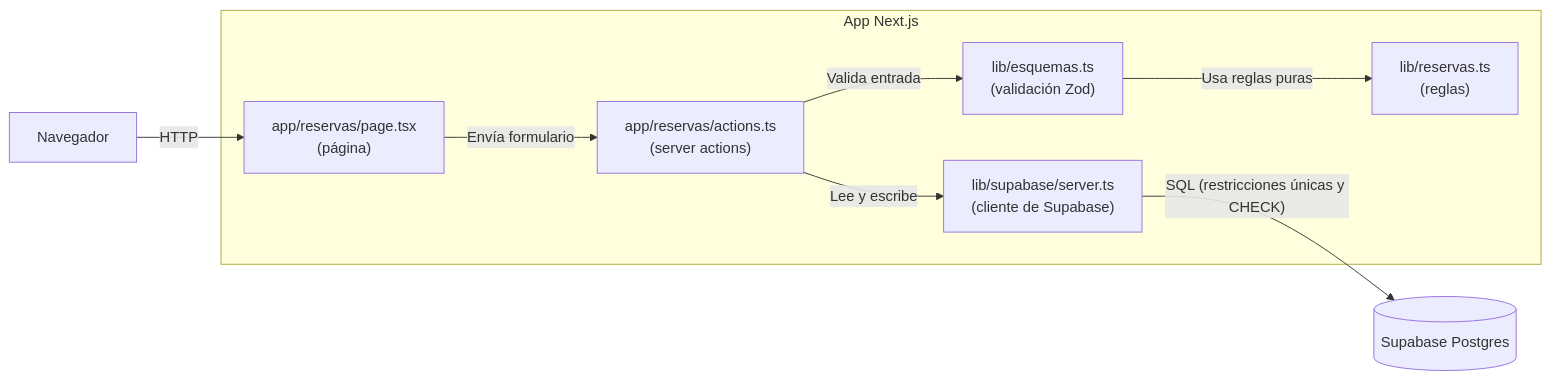
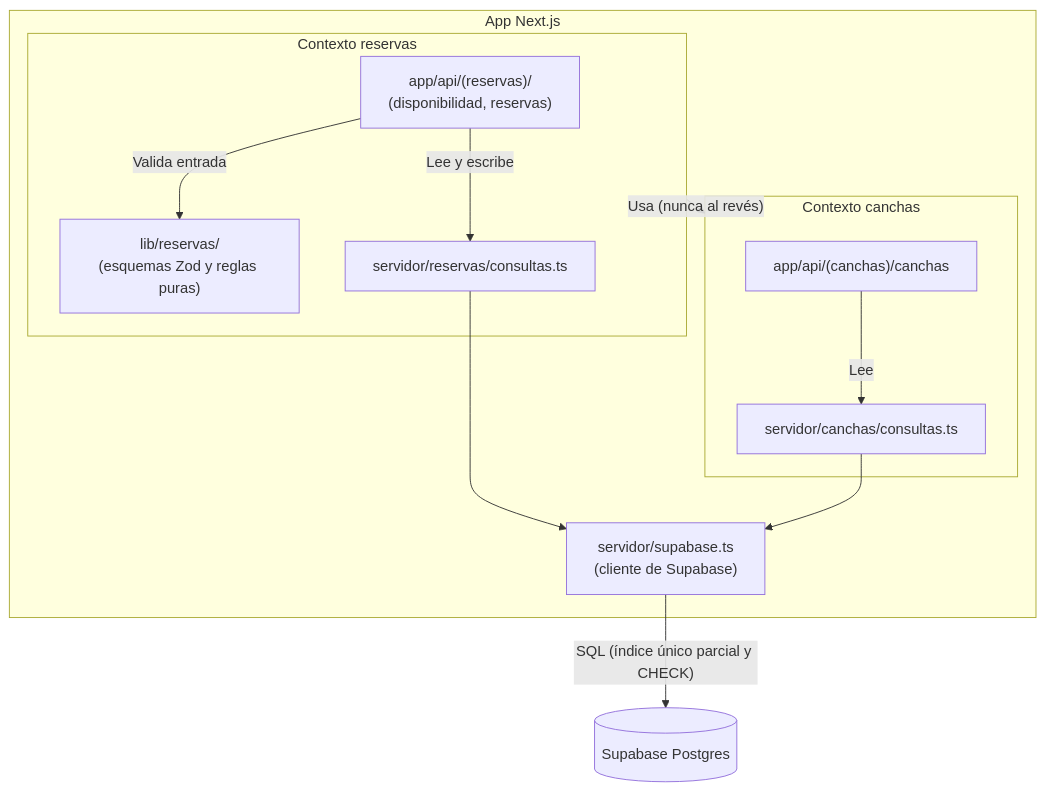
The third of 3 diagrams in docs/arquitectura.md (lsvr94/LSVRRESERVACANCHAS_MOD2), drawn with Mermaid before and after one commit. The commit also changed other lines of this file and 21 other files, not shown here.

Commit message:
S2: API con 4 rutas, Zod, cliente Supabase de servidor y regla de contextos en ESLint

````diff
--- a/docs/arquitectura.md
+++ b/docs/arquitectura.md
@@ -45,20 +45,27 @@
 ```mermaid
-flowchart LR
-    navegador["Navegador"]
+flowchart TB
+    subgraph app["App Next.js"]
+        subgraph ctx_reservas["Contexto reservas"]
+            rutas_reservas["app/api/(reservas)/<br/>(disponibilidad, reservas)"]
+            esquemas["lib/reservas/<br/>(esquemas Zod y reglas puras)"]
+            datos_reservas["servidor/reservas/consultas.ts"]
+        end
+
+        subgraph ctx_canchas["Contexto canchas"]
+            ruta_canchas["app/api/(canchas)/canchas"]
+            datos_canchas["servidor/canchas/consultas.ts"]
+        end
+
+        cliente_db["servidor/supabase.ts<br/>(cliente de Supabase)"]
+    end
+
     db[("Supabase Postgres")]
 
-    subgraph app["App Next.js"]
-        pagina["app/reservas/page.tsx<br/>(página)"]
-        acciones["app/reservas/actions.ts<br/>(server actions)"]
-        esquemas["lib/esquemas.ts<br/>(validación Zod)"]
-        reglas["lib/reservas.ts<br/>(reglas)"]
-        cliente_db["lib/supabase/server.ts<br/>(cliente de Supabase)"]
-    end
-
-    navegador -->|"HTTP"| pagina
-    pagina -->|"Envía formulario"| acciones
-    acciones -->|"Valida entrada"| esquemas
-    esquemas -->|"Usa reglas puras"| reglas
-    acciones -->|"Lee y escribe"| cliente_db
-    cliente_db -->|"SQL (restricciones únicas y CHECK)"| db
+    rutas_reservas -->|"Valida entrada"| esquemas
+    rutas_reservas -->|"Lee y escribe"| datos_reservas
+    ruta_canchas -->|"Lee"| datos_canchas
+    ctx_reservas -->|"Usa (nunca al revés)"| ctx_canchas
+    datos_reservas --> cliente_db
+    datos_canchas --> cliente_db
+    cliente_db -->|"SQL (índice único parcial y CHECK)"| db
 ```
````
